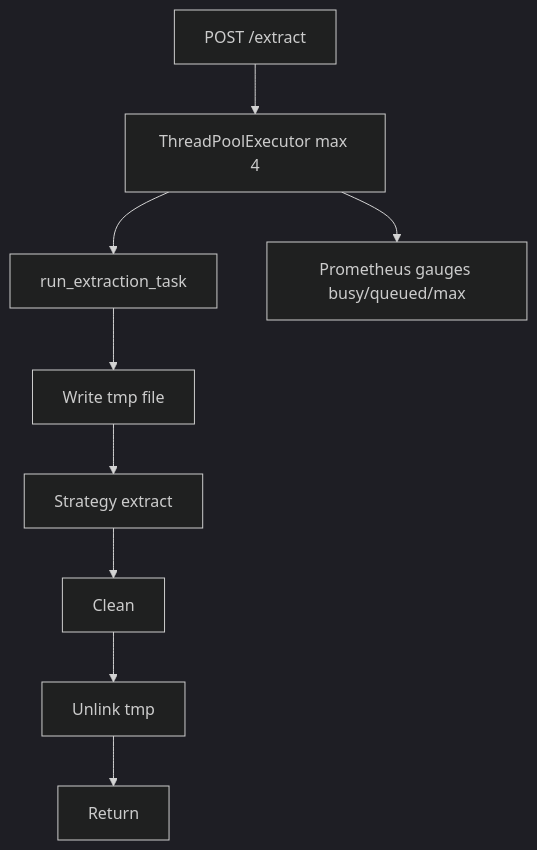
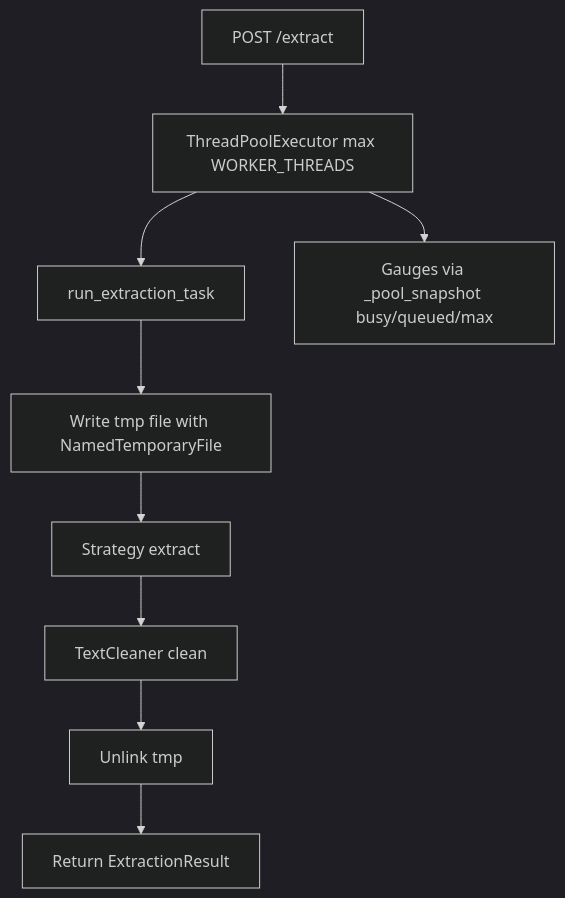
Before and after one commit to kunalPisolkar24/detectAI: the second of 3 diagrams in services/document-parser/docs/03-internals.md, drawn with Mermaid (dark theme). The commit also changed other lines of this file and 4 other files, not shown here.

````diff
--- a/services/document-parser/docs/03-internals.md
+++ b/services/document-parser/docs/03-internals.md
@@ -23,11 +23,11 @@
 ```mermaid
 graph TB
-    Request[POST /extract] --> Queue[ThreadPoolExecutor max 4]
+    Request[POST /extract] --> Queue[ThreadPoolExecutor max WORKER_THREADS]
     Queue --> Worker[run_extraction_task]
-    Worker --> Temp[Write tmp file]
+    Worker --> Temp[Write tmp file with NamedTemporaryFile]
     Temp --> Strat[Strategy extract]
-    Strat --> Clean[Clean]
+    Strat --> Clean[TextCleaner clean]
     Clean --> Del[Unlink tmp]
-    Del --> Res[Return]
-    Queue --> Metrics[Prometheus gauges busy/queued/max]
+    Del --> Res[Return ExtractionResult]
+    Queue --> Metrics[Gauges via _pool_snapshot busy/queued/max]
 ```
````
